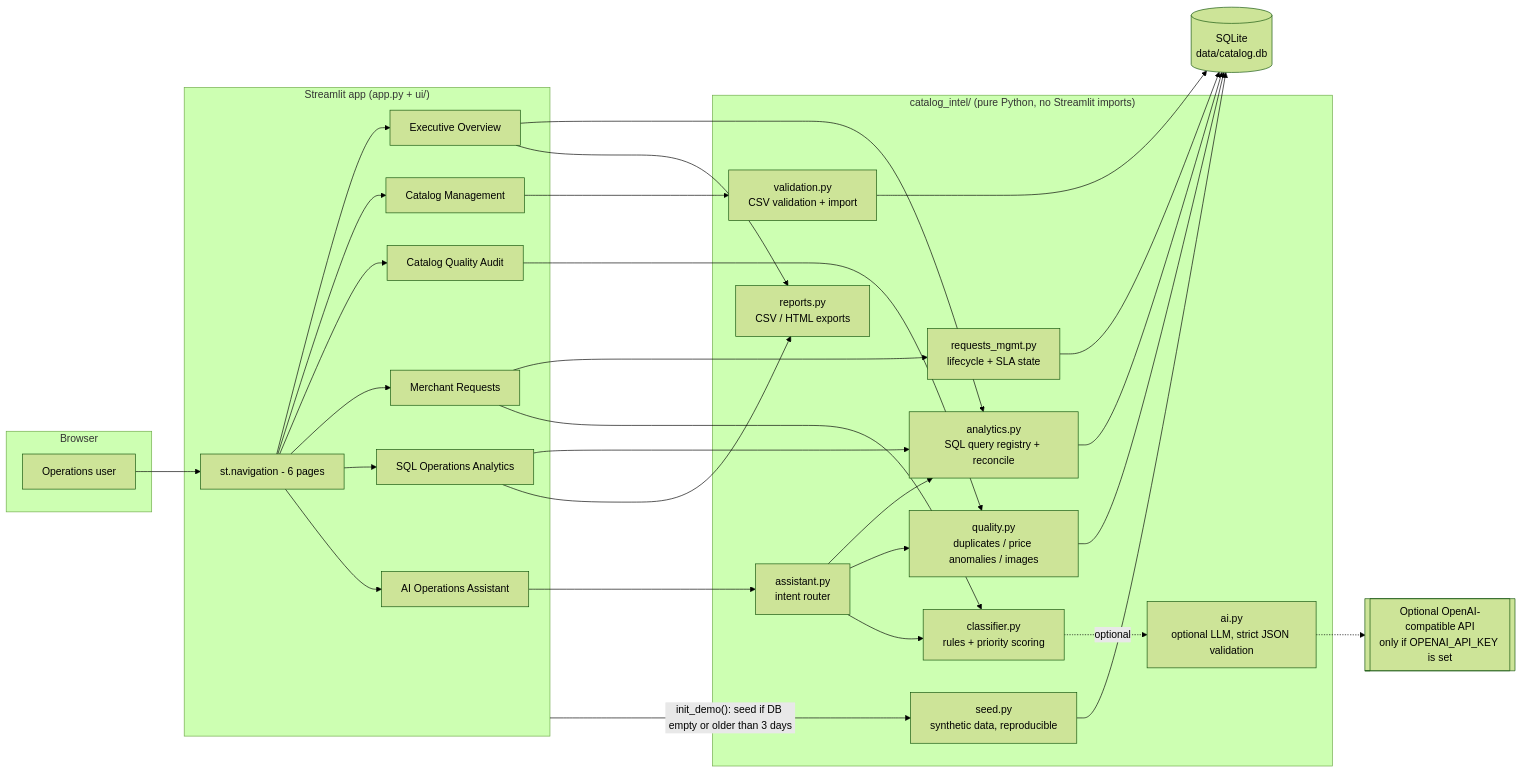
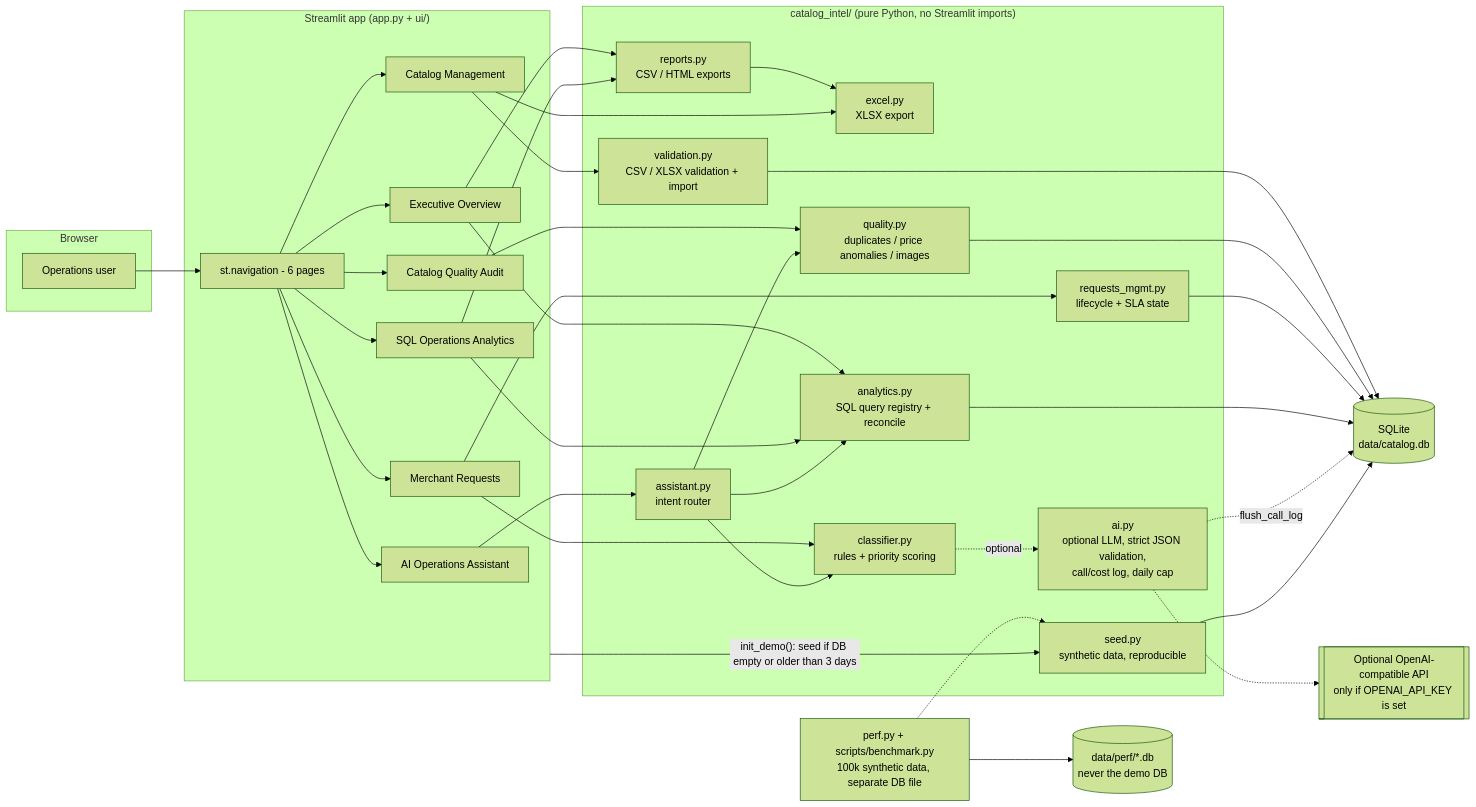
One commit to purinLee/my-project changed the first of 3 diagrams in docs/architecture.md. Above: the diagram before and after it, drawn with Mermaid (forest theme). The commit also changed other lines of this file and 27 other files, not shown here.

First line of the commit message:
Add LLM call/cost logging, daily cap, live verification tooling and update docs

````diff
--- a/docs/architecture.md
+++ b/docs/architecture.md
@@ -3,45 +3,50 @@
 ```mermaid
 flowchart LR
     subgraph Browser
         U[Operations user]
     end
 
     subgraph Streamlit["Streamlit app (app.py + ui/)"]
         NAV[st.navigation - 6 pages]
         P1[Executive Overview]
         P2[Catalog Management]
         P3[Catalog Quality Audit]
         P4[Merchant Requests]
         P5[SQL Operations Analytics]
         P6[AI Operations Assistant]
     end
 
     subgraph Core["catalog_intel/ (pure Python, no Streamlit imports)"]
-        VAL[validation.py<br/>CSV validation + import]
+        VAL[validation.py<br/>CSV / XLSX validation + import]
+        XLS[excel.py<br/>XLSX export]
         QUA[quality.py<br/>duplicates / price anomalies / images]
         CLS[classifier.py<br/>rules + priority scoring]
-        AI[ai.py<br/>optional LLM, strict JSON validation]
+        AI[ai.py<br/>optional LLM, strict JSON validation,<br/>call/cost log, daily cap]
         REQ[requests_mgmt.py<br/>lifecycle + SLA state]
         ANA[analytics.py<br/>SQL query registry + reconcile]
         AST[assistant.py<br/>intent router]
         REP[reports.py<br/>CSV / HTML exports]
         SEED[seed.py<br/>synthetic data, reproducible]
     end
 
     DB[(SQLite<br/>data/catalog.db)]
     LLM[[Optional OpenAI-compatible API<br/>only if OPENAI_API_KEY is set]]
 
     U --> NAV --> P1 & P2 & P3 & P4 & P5 & P6
     P2 --> VAL --> DB
     P3 --> QUA --> DB
     P4 --> REQ --> DB
     P4 --> CLS
     CLS -. optional .-> AI -.-> LLM
     P1 & P5 --> ANA --> DB
-    P1 & P5 --> REP
+    P1 & P5 --> REP --> XLS
+    P2 --> XLS
+    AI -. flush_call_log .-> DB
     P6 --> AST --> ANA
     AST --> QUA
     AST --> CLS
     SEED --> DB
+    PERF[perf.py + scripts/benchmark.py<br/>100k synthetic data, separate DB file] -.-> SEED
+    PERF --> PDB[(data/perf/*.db<br/>never the demo DB)]
     Streamlit -- "init_demo(): seed if DB empty or older than 3 days" --> SEED
 ```
````
